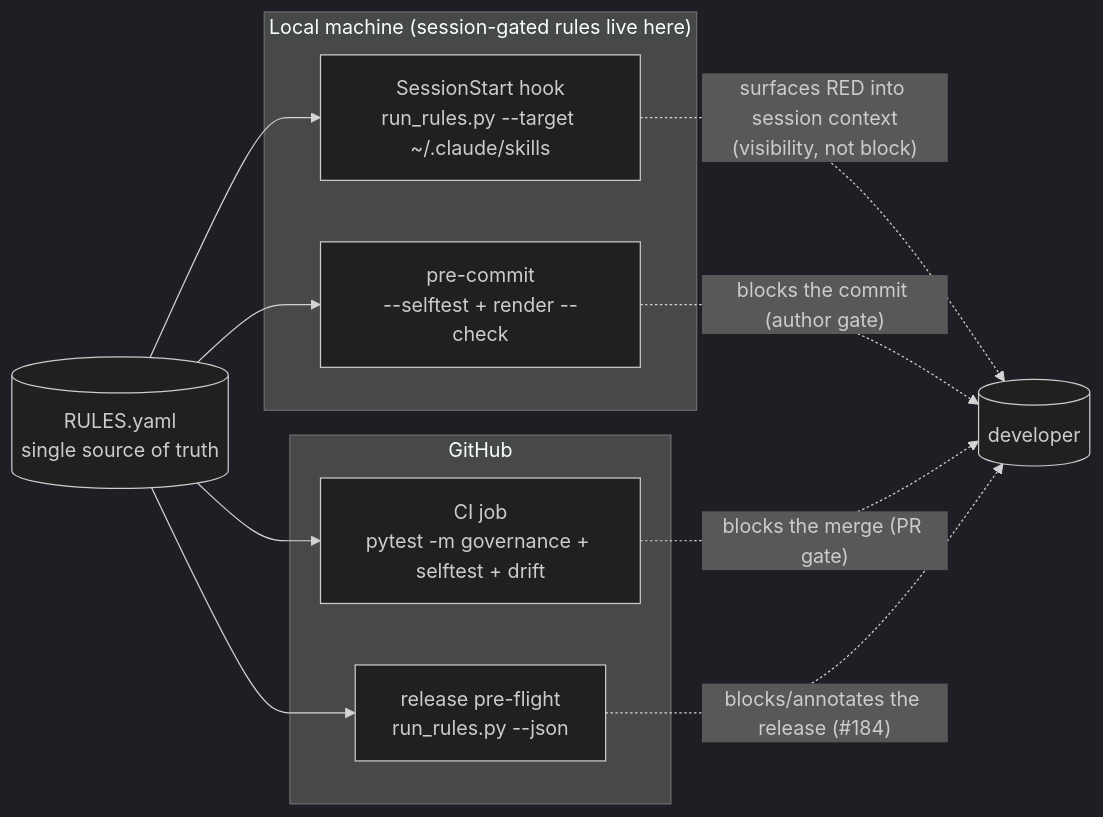
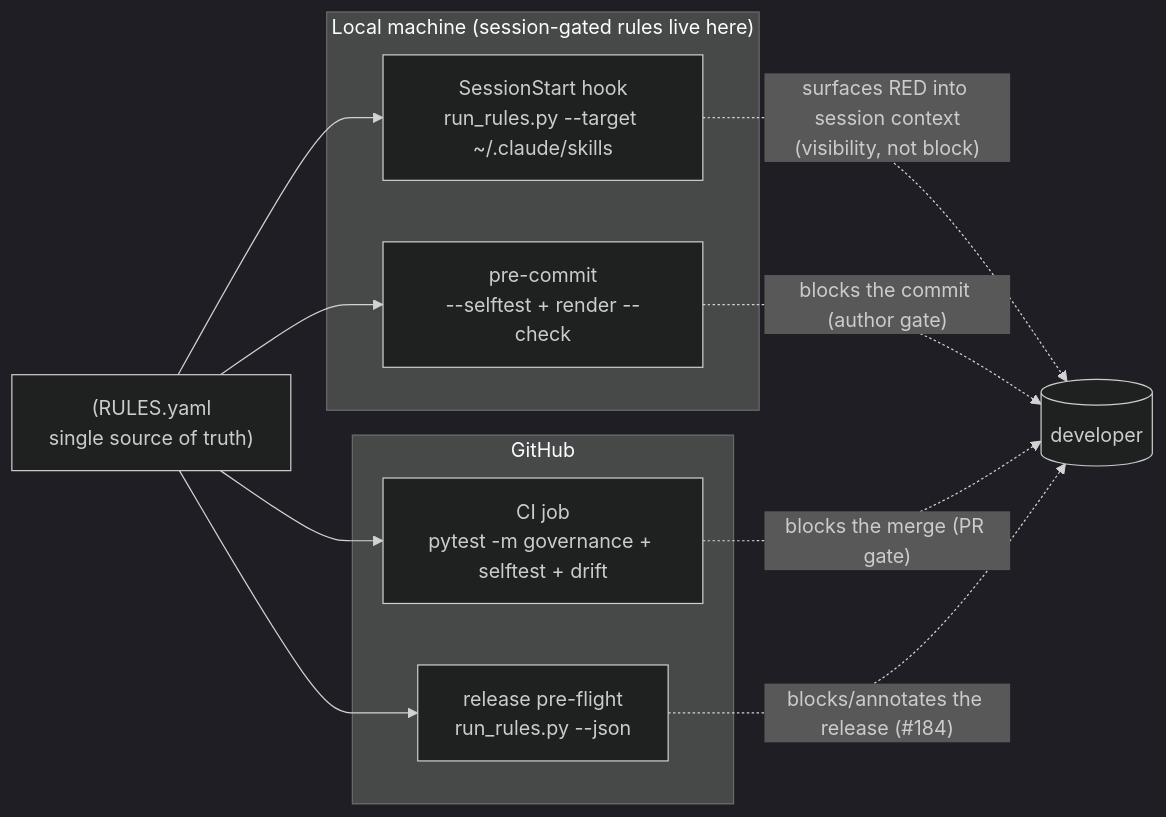
The diagram in docs/specs/SPEC-governance-phase2-gates-2026-06-20.md (Data-Wise/craft), drawn with Mermaid (dark theme) before and after one commit. The commit also changed 41 other files, not shown here.

First line of the commit message:
docs: fix CLAUDE.md sync errors, autofix mermaid syntax across docs/commands/skills

````diff
--- a/docs/specs/SPEC-governance-phase2-gates-2026-06-20.md
+++ b/docs/specs/SPEC-governance-phase2-gates-2026-06-20.md
@@ -53,17 +53,17 @@
 ```mermaid
 flowchart LR
   subgraph Local["Local machine (session-gated rules live here)"]
-    SS[SessionStart hook<br/>run_rules.py --target ~/.claude/skills]
-    PC[pre-commit<br/>--selftest + render --check]
+    SS["SessionStart hook<br/>run_rules.py --target ~/.claude/skills"]
+    PC["pre-commit<br/>--selftest + render --check"]
   end
   subgraph Remote["GitHub"]
-    CI[CI job<br/>pytest -m governance + selftest + drift]
-    REL[release pre-flight<br/>run_rules.py --json]
+    CI["CI job<br/>pytest -m governance + selftest + drift"]
+    REL["release pre-flight<br/>run_rules.py --json"]
   end
-  RULES[(RULES.yaml<br/>single source of truth)]
+  RULES["(RULES.yaml<br/>single source of truth)"]
   RULES --> SS & PC & CI & REL
   SS -. "surfaces RED into session context<br/>(visibility, not block)" .-> Dev
   PC -. "blocks the commit (author gate)" .-> Dev[(developer)]
   CI -. "blocks the merge (PR gate)" .-> Dev
   REL -. "blocks/annotates the release (#184)" .-> Dev
 ```
````
